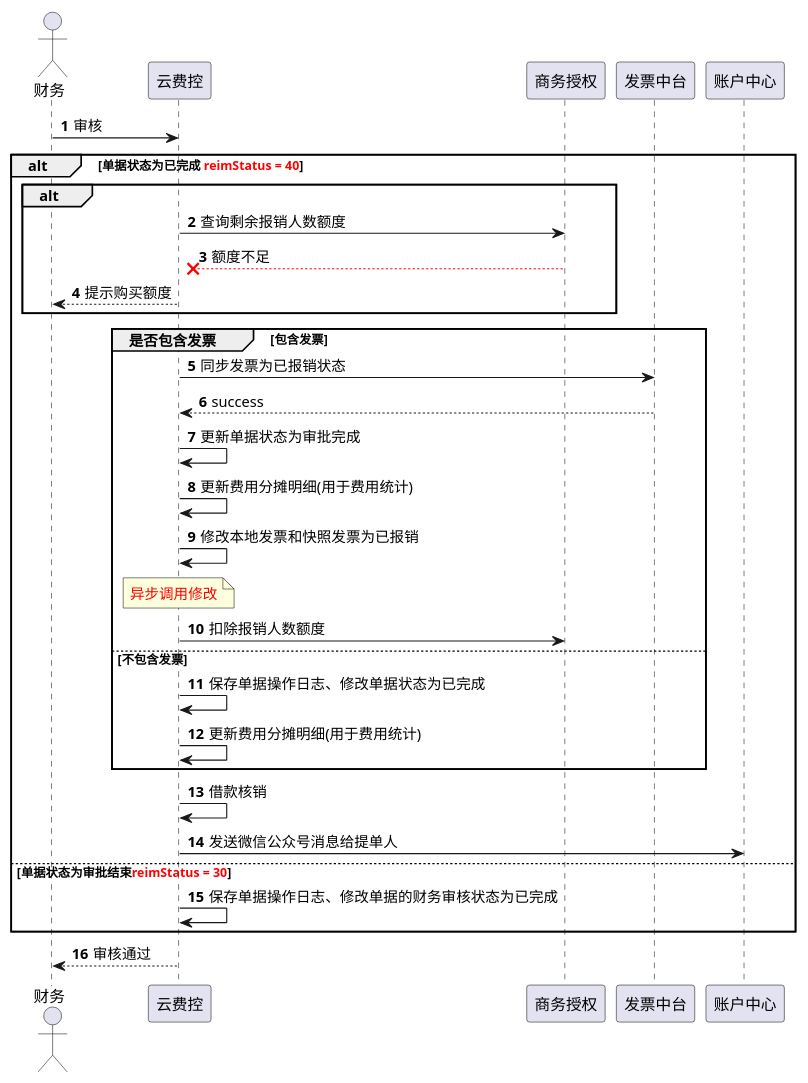
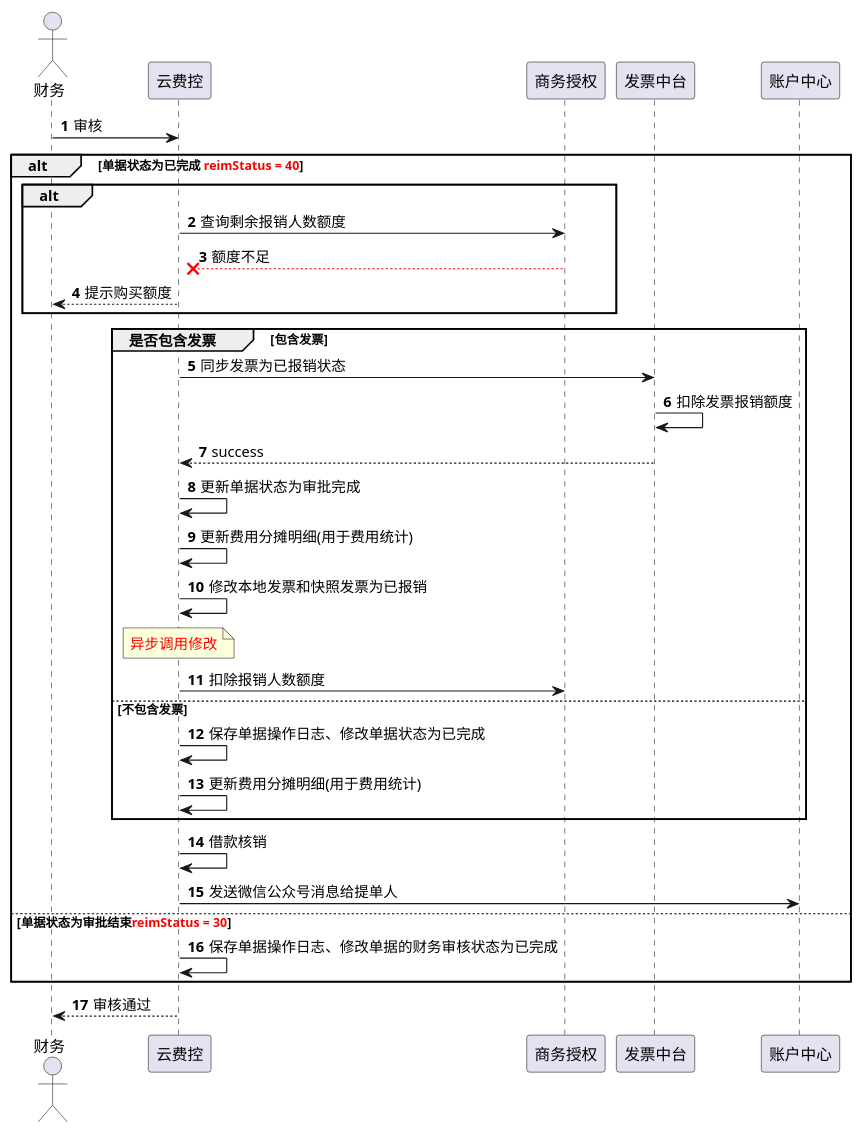
One commit to whfdlp/easyboot changed the diagram in src/main/java/whf/easy/boot/web/财务审核.puml. Above: the diagram before and after it, drawn with PlantUML. The commit also changed 14 other files, not shown here.

```diff
--- a/src/main/java/whf/easy/boot/web/财务审核.puml
+++ b/src/main/java/whf/easy/boot/web/财务审核.puml
@@ -1,41 +1,42 @@
 @startuml
 'https://plantuml.com/sequence-diagram
 
 autonumber
 actor 财务
 participant 财务 order 10
 participant 云费控 order 20
 participant 商务授权 order 30
 participant 发票中台 order 40
 participant 账户中心 order 50
 财务 -> 云费控: 审核
 alt 单据状态为已完成 <color #Red>reimStatus = 40</color>
 alt
 云费控 -> 商务授权:查询剩余报销人数额度
 商务授权 -[#Red]->x 云费控:额度不足
 云费控 --> 财务:提示购买额度
 end
 group 是否包含发票 [包含发票]
 云费控 -> 发票中台: 同步发票为已报销状态
+发票中台 -> 发票中台: 扣除发票报销额度
 发票中台 --> 云费控:success
 云费控 -> 云费控:更新单据状态为审批完成
 云费控 -> 云费控:更新费用分摊明细(用于费用统计)
 云费控 -> 云费控:修改本地发票和快照发票为已报销
 note OVER 云费控
  <color #Red>异步调用修改</color>
 end note
 云费控 -> 商务授权:扣除报销人数额度
  else 不包含发票
 云费控 -> 云费控:保存单据操作日志、修改单据状态为已完成
 云费控 -> 云费控:更新费用分摊明细(用于费用统计)
  end
  云费控 -> 云费控:借款核销
  云费控 -> 账户中心:发送微信公众号消息给提单人
 else 单据状态为审批结束<color #Red>reimStatus = 30</color>
 云费控 -> 云费控: 保存单据操作日志、修改单据的财务审核状态为已完成
 end
 云费控 --> 财务: 审核通过
 
 
 
 @endumlA
```
